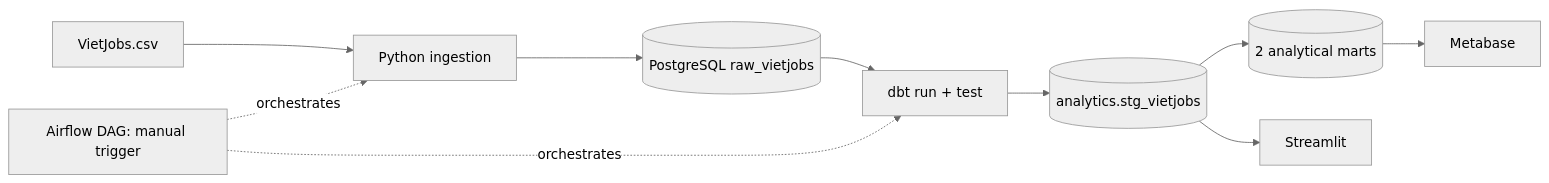
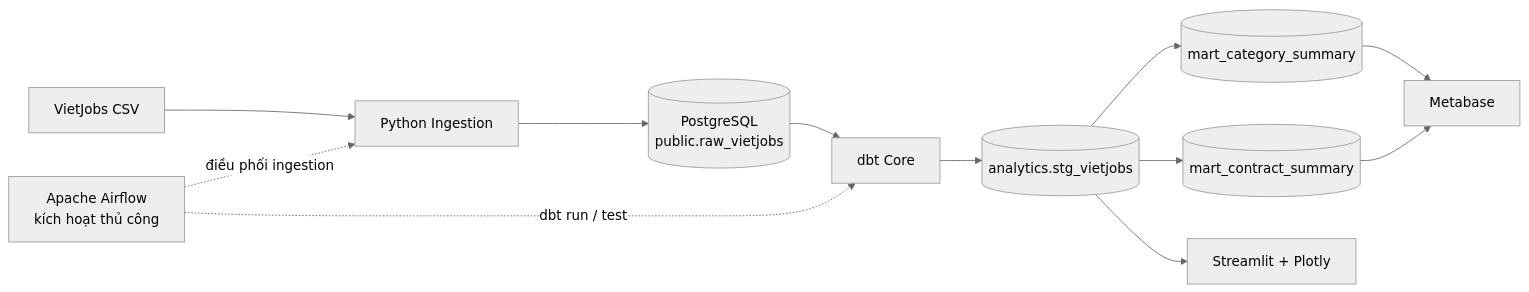
The first of 4 diagrams in README.md (VuHuuThinh05/Vietnam-Job-Market-Intelligence), drawn with Mermaid (neutral theme) before and after one commit. The commit also changed other lines of this file, not shown here.

Commit message:
Viết README tiếng Việt và tách sơ đồ tổng hợp thành kiến trúc, pipeline, profiling, ERD

````diff
--- a/README.md
+++ b/README.md
@@ -19,10 +21,14 @@
 ```mermaid
 flowchart LR
-  CSV["VietJobs.csv"] --> ING["Python ingestion"] --> RAW[("PostgreSQL raw_vietjobs")]
-  AF["Airflow DAG: manual trigger"] -.orchestrates.-> ING
-  AF -.orchestrates.-> DBT["dbt run + test"]
-  RAW --> DBT --> STG[("analytics.stg_vietjobs")]
-  STG --> MARTS[("2 analytical marts")]
-  STG --> UI["Streamlit"]
-  MARTS --> META["Metabase"]
+  CSV["VietJobs CSV"] --> ING["Python Ingestion"]
+  ING --> RAW[("PostgreSQL<br/>public.raw_vietjobs")]
+  RAW --> DBT["dbt Core"]
+  DBT --> STG[("analytics.stg_vietjobs")]
+  STG --> CAT[("mart_category_summary")]
+  STG --> CON[("mart_contract_summary")]
+  STG --> APP["Streamlit + Plotly"]
+  CAT --> BI["Metabase"]
+  CON --> BI
+  AF["Apache Airflow<br/>kích hoạt thủ công"] -. "điều phối ingestion" .-> ING
+  AF -. "dbt run / test" .-> DBT
 ```
````
